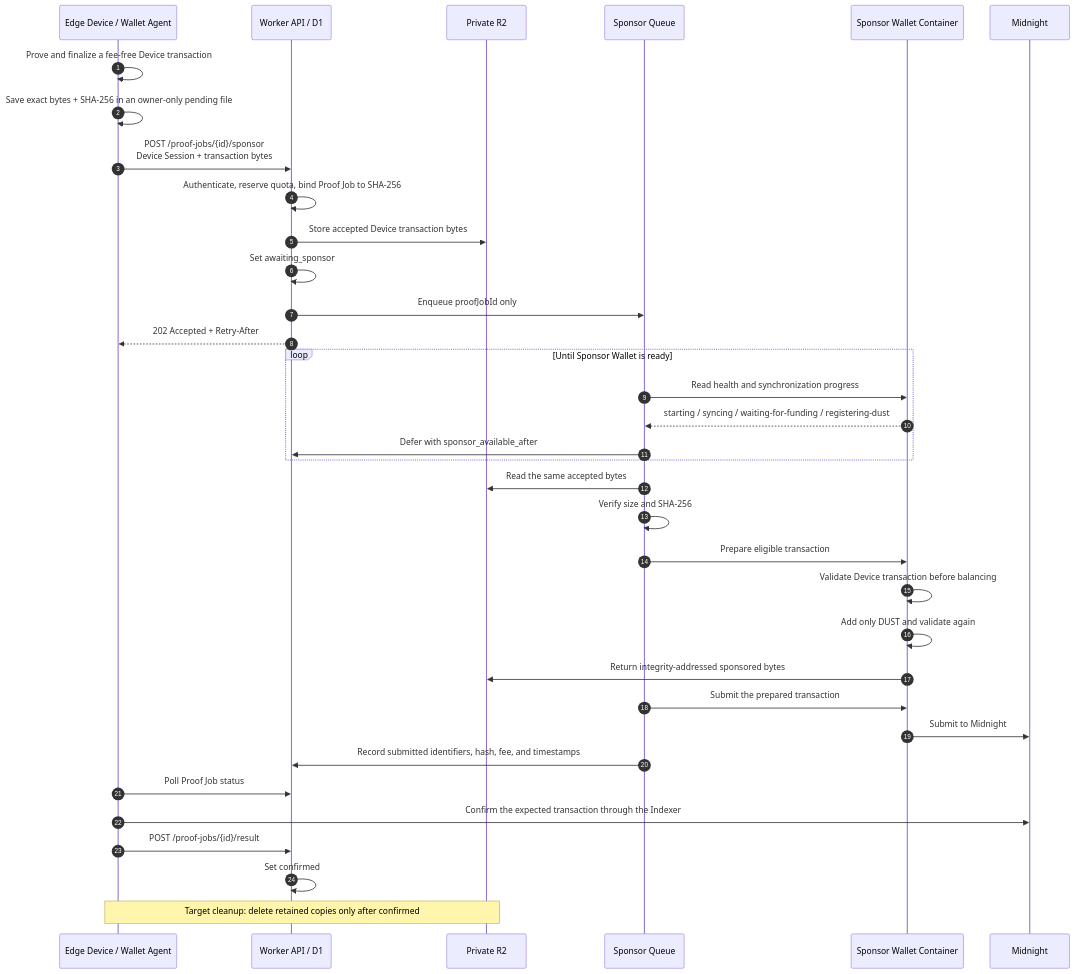
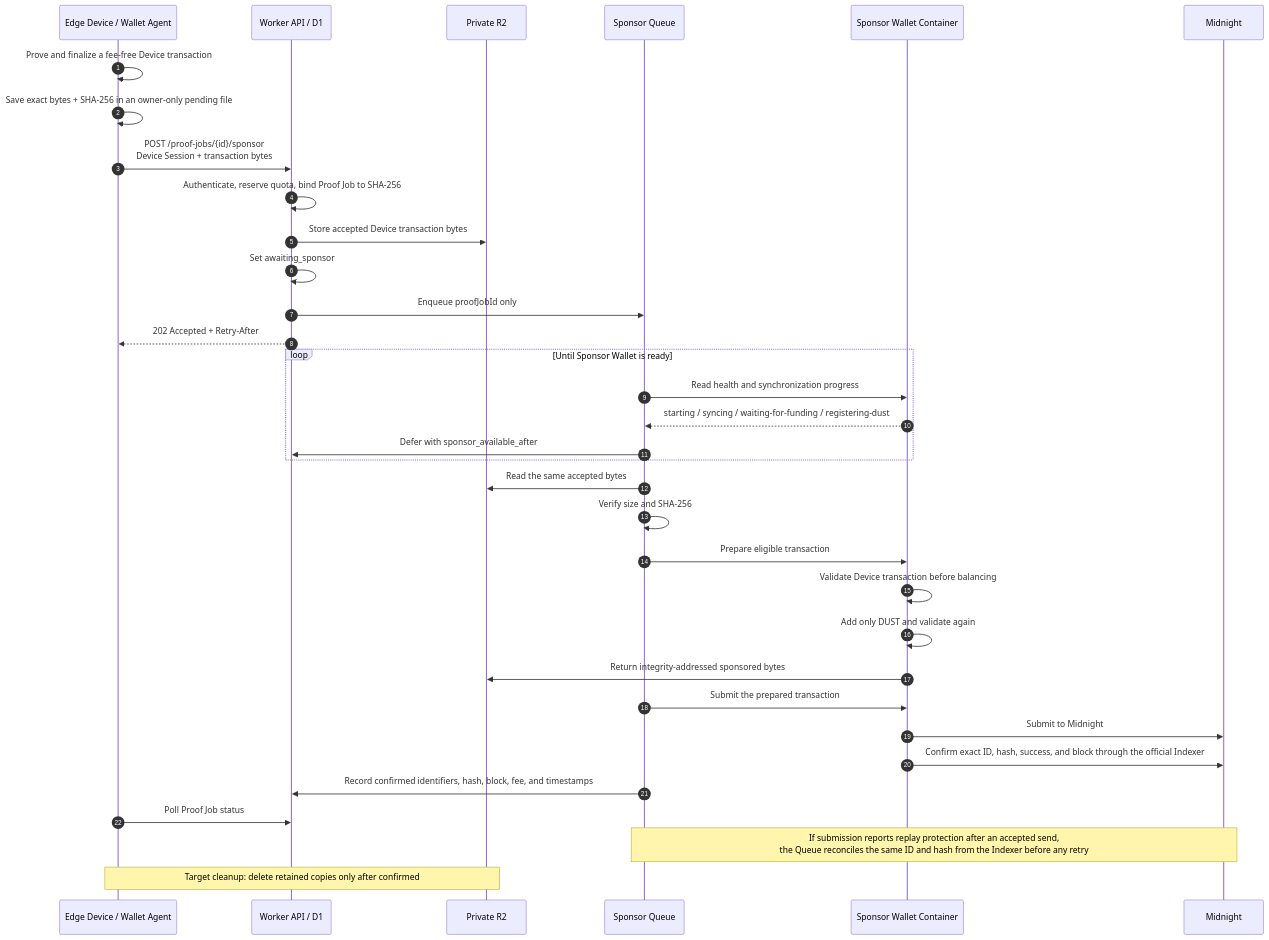
One commit to commun-platform/midnight_buildathons_bacchili changed the first of 2 diagrams in docs/implementation/fee_sponsorship.md. Above: the diagram before and after it, drawn with Mermaid. The commit also changed other lines of this file and 37 other files, not shown here.

````diff
--- a/docs/implementation/fee_sponsorship.md
+++ b/docs/implementation/fee_sponsorship.md
@@ -44,41 +44,40 @@
 ```mermaid
 sequenceDiagram
     autonumber
     participant E as Edge Device / Wallet Agent
     participant W as Worker API / D1
     participant R as Private R2
     participant Q as Sponsor Queue
     participant S as Sponsor Wallet Container
     participant M as Midnight
 
     E->>E: Prove and finalize a fee-free Device transaction
     E->>E: Save exact bytes + SHA-256 in an owner-only pending file
     E->>W: POST /proof-jobs/{id}/sponsor<br/>Device Session + transaction bytes
     W->>W: Authenticate, reserve quota, bind Proof Job to SHA-256
     W->>R: Store accepted Device transaction bytes
     W->>W: Set awaiting_sponsor
     W->>Q: Enqueue proofJobId only
     W-->>E: 202 Accepted + Retry-After
 
     loop Until Sponsor Wallet is ready
         Q->>S: Read health and synchronization progress
         S-->>Q: starting / syncing / waiting-for-funding / registering-dust
         Q->>W: Defer with sponsor_available_after
     end
 
     Q->>R: Read the same accepted bytes
     Q->>Q: Verify size and SHA-256
     Q->>S: Prepare eligible transaction
     S->>S: Validate Device transaction before balancing
     S->>S: Add only DUST and validate again
     S->>R: Return integrity-addressed sponsored bytes
     Q->>S: Submit the prepared transaction
     S->>M: Submit to Midnight
-    Q->>W: Record submitted identifiers, hash, fee, and timestamps
+    S->>M: Confirm exact ID, hash, success, and block through the official Indexer
+    Q->>W: Record confirmed identifiers, hash, block, fee, and timestamps
 
     E->>W: Poll Proof Job status
-    E->>M: Confirm the expected transaction through the Indexer
-    E->>W: POST /proof-jobs/{id}/result
-    W->>W: Set confirmed
+    Note over Q,M: If submission reports replay protection after an accepted send,<br/>the Queue reconciles the same ID and hash from the Indexer before any retry
     Note over E,R: Target cleanup: delete retained copies only after confirmed
 ```
````
